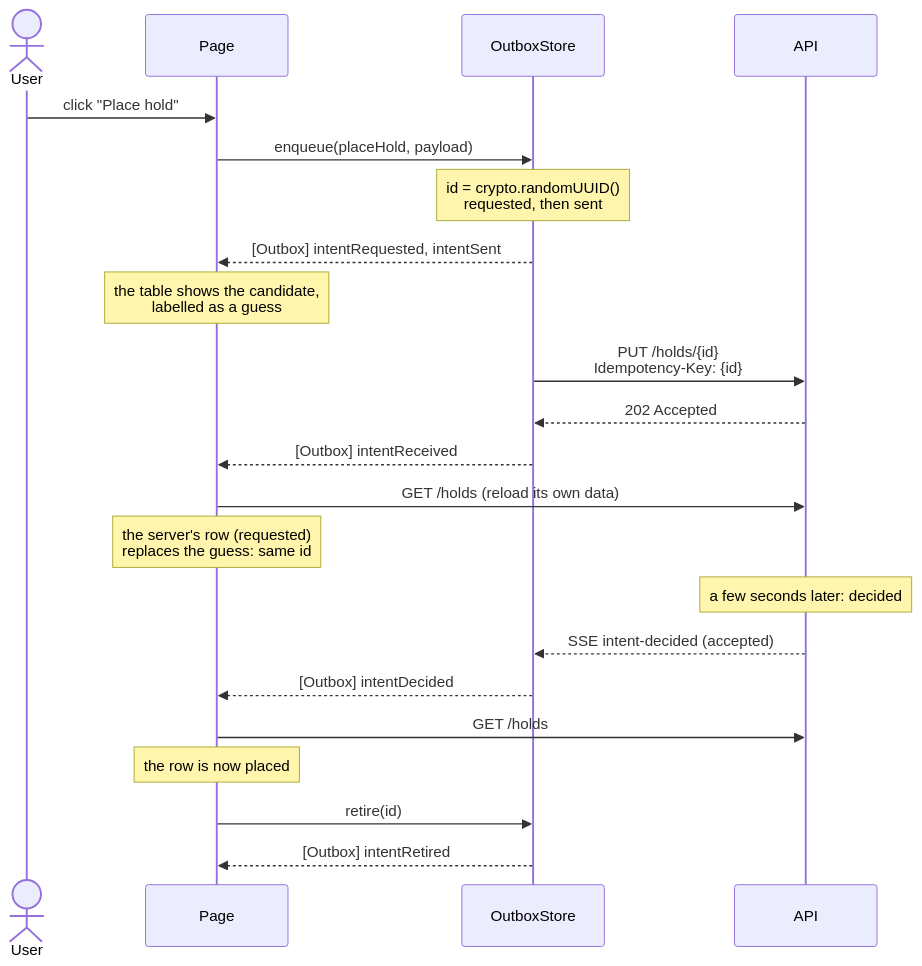
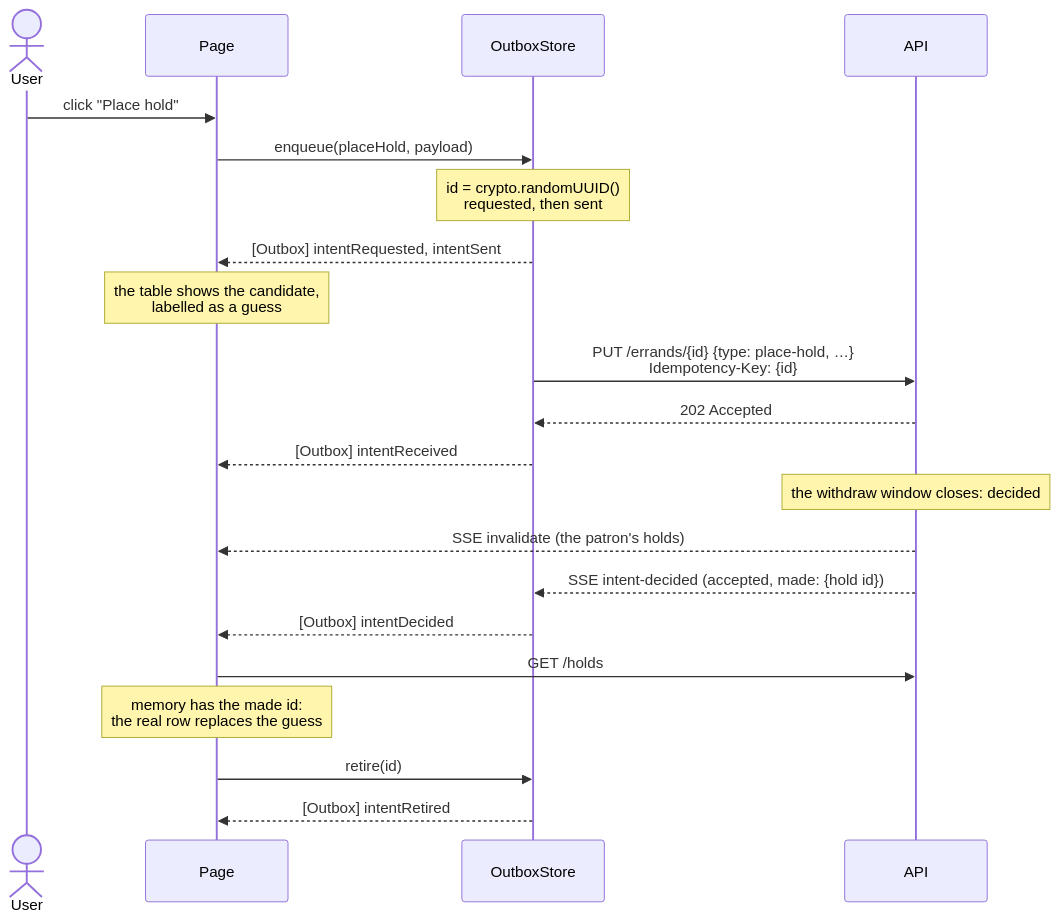
One commit to hypertheory-labs/stellar-intents changed the second of 2 diagrams in client/angular/projects/outbox/README.md. Above: the diagram before and after it, drawn with Mermaid. The commit also changed other lines of this file, not shown here.

First line of the commit message:
Outbox README: errands, made, and a 200 read by its body

````diff
--- a/client/angular/projects/outbox/README.md
+++ b/client/angular/projects/outbox/README.md
@@ -68,25 +67,24 @@
 ```mermaid
 sequenceDiagram
     actor U as User
     participant P as Page
     participant O as OutboxStore
     participant A as API
 
     U->>P: click "Place hold"
     P->>O: enqueue(placeHold, payload)
     Note over O: id = crypto.randomUUID()<br/>requested, then sent
     O-->>P: [Outbox] intentRequested, intentSent
     Note over P: the table shows the candidate,<br/>labelled as a guess
-    O->>A: PUT /holds/{id}<br/>Idempotency-Key: {id}
+    O->>A: PUT /errands/{id} {type: place-hold, …}<br/>Idempotency-Key: {id}
     A-->>O: 202 Accepted
     O-->>P: [Outbox] intentReceived
-    P->>A: GET /holds (reload its own data)
-    Note over P: the server's row (requested)<br/>replaces the guess: same id
-    Note over A: a few seconds later: decided
-    A-->>O: SSE intent-decided (accepted)
+    Note over A: the withdraw window closes: decided
+    A-->>P: SSE invalidate (the patron's holds)
+    A-->>O: SSE intent-decided (accepted, made: {hold id})
     O-->>P: [Outbox] intentDecided
     P->>A: GET /holds
-    Note over P: the row is now placed
+    Note over P: memory has the made id:<br/>the real row replaces the guess
     P->>O: retire(id)
     O-->>P: [Outbox] intentRetired
 ```
````
